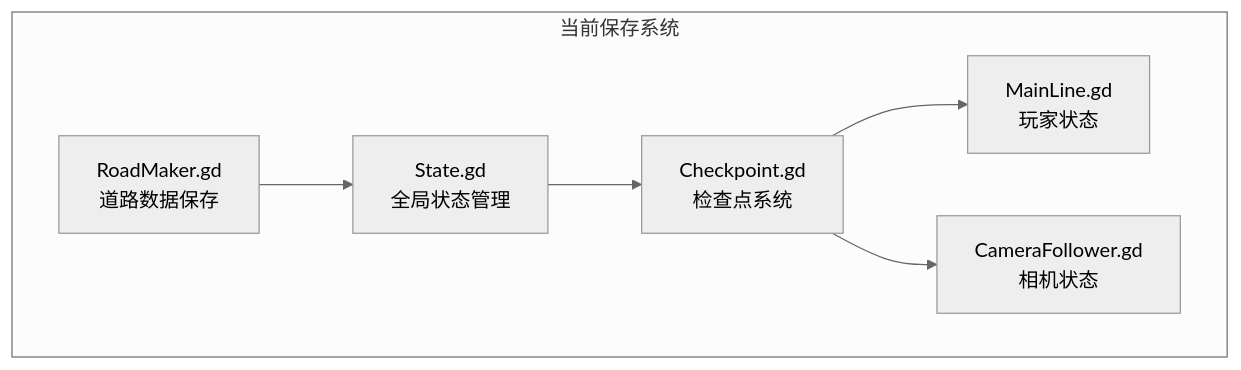
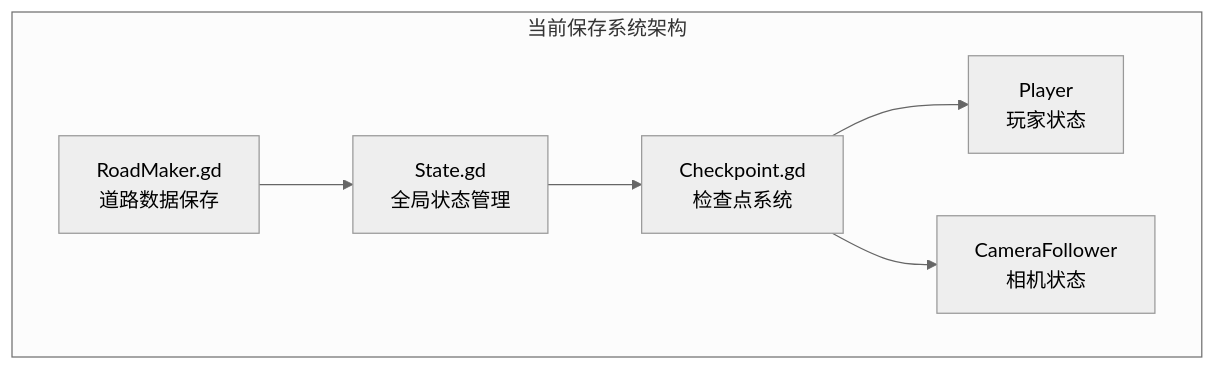
One commit to godotline/godot-line changed the first of 3 diagrams in .qoder/repowiki/zh/content/开发工具/SaveKit保存系统.md. Above: the diagram before and after it, drawn with Mermaid (neutral theme). The commit also changed other lines of this file and 10 other files, not shown here.

````diff
--- a/.qoder/repowiki/zh/content/开发工具/SaveKit保存系统.md
+++ b/.qoder/repowiki/zh/content/开发工具/SaveKit保存系统.md
@@ -57,14 +53,14 @@
 ```mermaid
 graph TB
-subgraph "当前保存系统"
+subgraph "当前保存系统架构"
 State[State.gd<br/>全局状态管理]
 Checkpoint[Checkpoint.gd<br/>检查点系统]
-MainLine[MainLine.gd<br/>玩家状态]
-Camera[CameraFollower.gd<br/>相机状态]
-Roads[RoadMaker.gd<br/>道路数据保存]
+RoadMaker[RoadMaker.gd<br/>道路数据保存]
+Player[Player<br/>玩家状态]
+Camera[CameraFollower<br/>相机状态]
 end
 State --> Checkpoint
-Checkpoint --> MainLine
+Checkpoint --> Player
 Checkpoint --> Camera
-Roads --> State
+RoadMaker --> State
 ```
````
